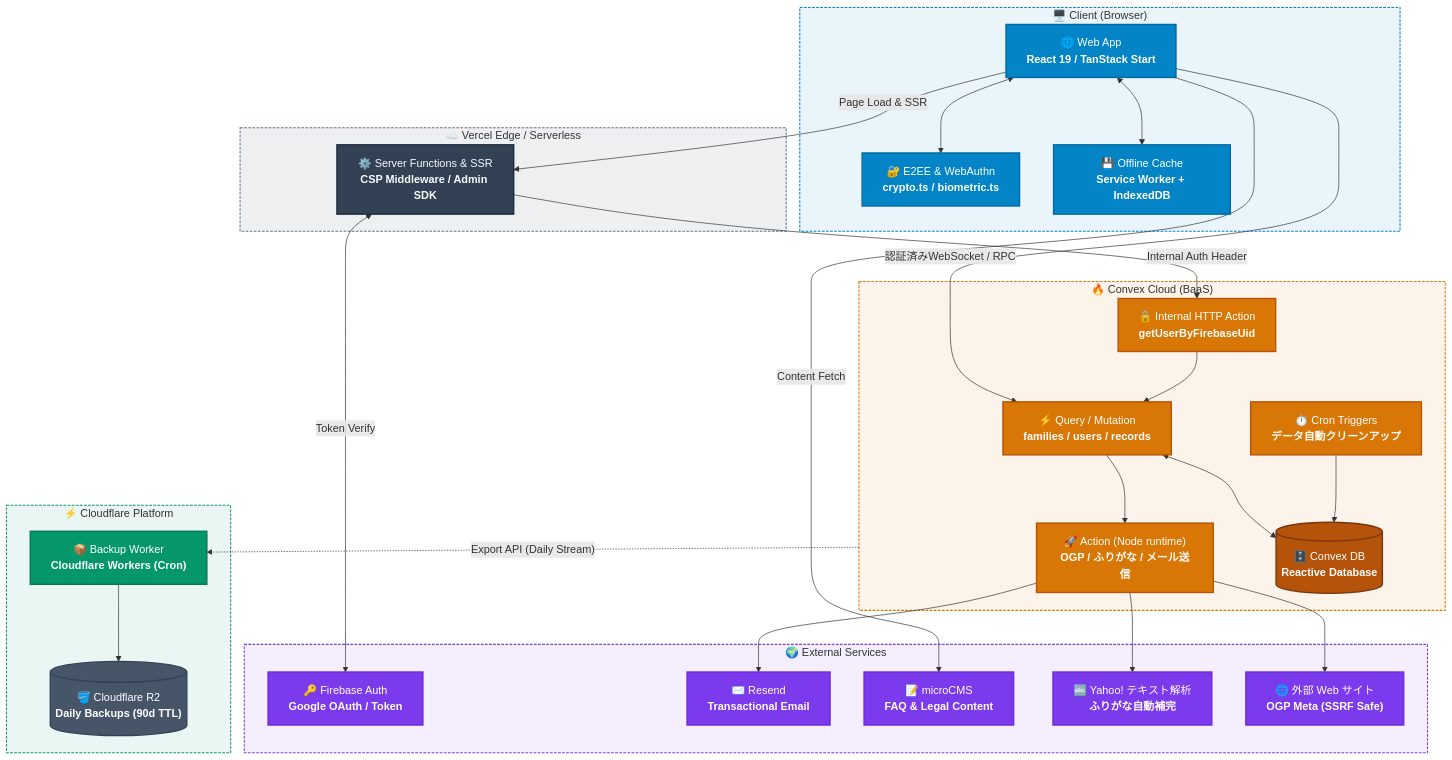
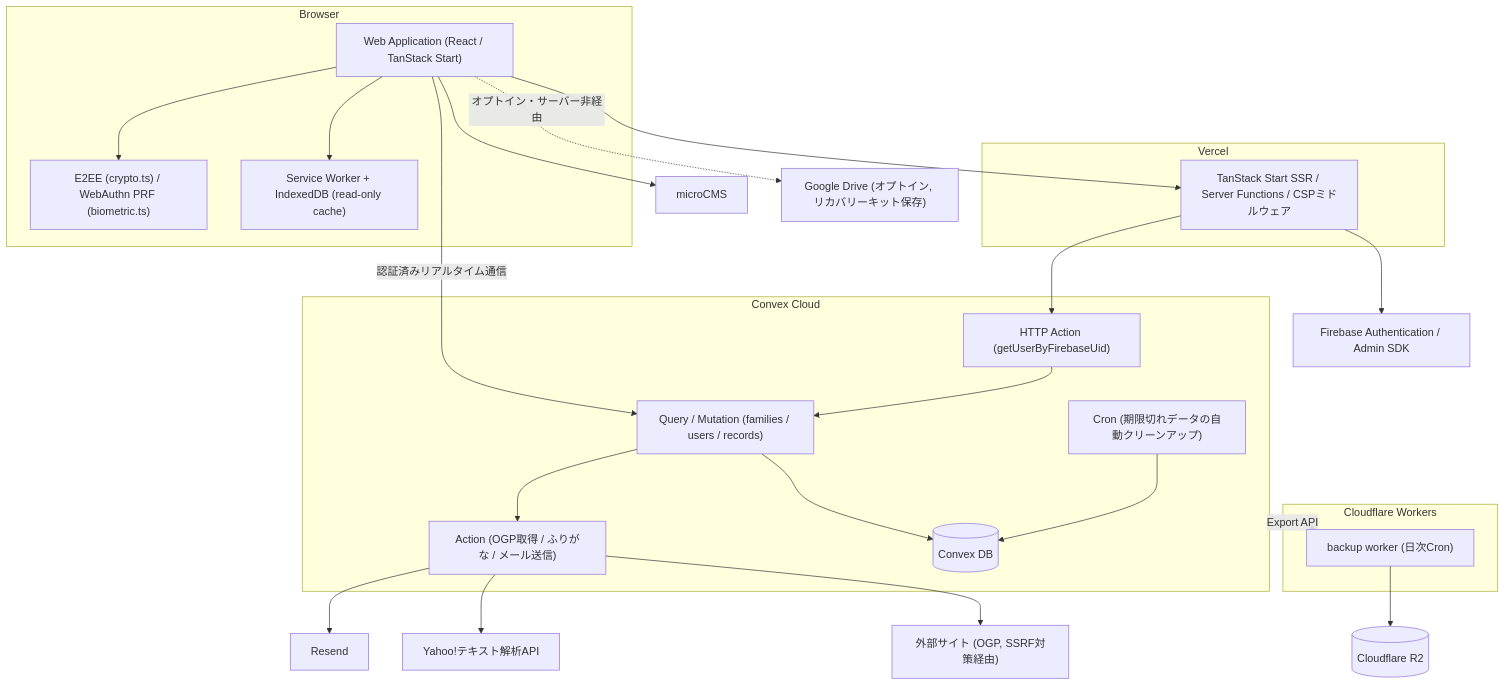
One commit to luthpg/poohma changed the diagram in .docs/architecture.md. Above: the diagram before and after it, drawn with Mermaid. The commit also changed other lines of this file, not shown here.

Commit message:
Revise architecture documentation and data flow details
Updated architecture documentation to reflect changes in the system design, including renaming components and clarifying data flow processes.

````diff
--- a/.docs/architecture.md
+++ b/.docs/architecture.md
@@ -62,74 +63,50 @@
 ```mermaid
 flowchart TB
-    %% ==========================================
-    %% Theme & Class Definitions (Dark/Light Safe)
-    %% ==========================================
-    classDef clientNode fill:#0284c7,stroke:#0369a1,stroke-width:2px,color:#ffffff;
-    classDef ssrNode fill:#334155,stroke:#1e293b,stroke-width:2px,color:#f8fafc;
-    classDef convexNode fill:#d97706,stroke:#b45309,stroke-width:2px,color:#ffffff;
-    classDef dbNode fill:#b45309,stroke:#78350f,stroke-width:2px,color:#ffffff;
-    classDef workerNode fill:#059669,stroke:#047857,stroke-width:2px,color:#ffffff;
-    classDef extNode fill:#7c3aed,stroke:#6d28d9,stroke-width:2px,color:#ffffff;
-    classDef storageNode fill:#475569,stroke:#334155,stroke-width:2px,color:#ffffff;
-
-    %% ==========================================
-    %% Subgraphs
-    %% ==========================================
-    subgraph Client["🖥️ Client (Browser)"]
-        WebApp["🌐 Web App<br/><b>React 19 / TanStack Start</b>"]:::clientNode
-        Crypto["🔐 E2EE & WebAuthn<br/><b>crypto.ts / biometric.ts</b>"]:::clientNode
-        IDB["💾 Offline Cache<br/><b>Service Worker + IndexedDB</b>"]:::clientNode
+    subgraph Client["Browser"]
+        WebApp["Web Application (React / TanStack Start)"]
+        Crypto["E2EE (crypto.ts) / WebAuthn PRF (biometric.ts)"]
+        IDB["Service Worker + IndexedDB (read-only cache)"]
     end
 
-    subgraph VercelHost["☁️ Vercel Edge / Serverless"]
-        SSR["⚙️ Server Functions & SSR<br/><b>CSP Middleware / Admin SDK</b>"]:::ssrNode
+    subgraph VercelHost["Vercel"]
+        SSR["TanStack Start SSR / Server Functions / CSPミドルウェア"]
     end
 
-    subgraph ConvexCloud["🔥 Convex Cloud (BaaS)"]
-        Fn["⚡ Query / Mutation<br/><b>families / users / records</b>"]:::convexNode
-        Action["🚀 Action (Node runtime)<br/><b>OGP / ふりがな / メール送信</b>"]:::convexNode
-        Http["🔒 Internal HTTP Action<br/><b>getUserByFirebaseUid</b>"]:::convexNode
-        Cron["⏱️ Cron Triggers<br/><b>データ自動クリーンアップ</b>"]:::convexNode
-        DB[("🗄️ Convex DB<br/><b>Reactive Database</b>")]:::dbNode
+    subgraph ConvexCloud["Convex Cloud"]
+        Fn["Query / Mutation (families / users / records)"]
+        Action["Action (OGP取得 / ふりがな / メール送信)"]
+        Http["HTTP Action (getUserByFirebaseUid)"]
+        Cron["Cron (期限切れデータの自動クリーンアップ)"]
+        DB[("Convex DB")]
     end
 
-    subgraph CFWorker["⚡ Cloudflare Platform"]
-        Backup["📦 Backup Worker<br/><b>Cloudflare Workers (Cron)</b>"]:::workerNode
-        R2[("🪣 Cloudflare R2<br/><b>Daily Backups (90d TTL)</b>")]:::storageNode
+    subgraph CFWorker["Cloudflare Workers"]
+        Backup["backup worker (日次Cron)"]
     end
 
-    subgraph ExtServices["🌍 External Services"]
-        Firebase["🔑 Firebase Auth<br/><b>Google OAuth / Token</b>"]:::extNode
-        Resend["✉️ Resend<br/><b>Transactional Email</b>"]:::extNode
-        MicroCMS["📝 microCMS<br/><b>FAQ & Legal Content</b>"]:::extNode
-        Yahoo["🔤 Yahoo! テキスト解析<br/><b>ふりがな自動補完</b>"]:::extNode
-        ExtSite["🌐 外部 Web サイト<br/><b>OGP Meta (SSRF Safe)</b>"]:::extNode
-    end
+    Firebase["Firebase Authentication / Admin SDK"]
+    Resend["Resend"]
+    MicroCMS["microCMS"]
+    Yahoo["Yahoo!テキスト解析API"]
+    ExtSite["外部サイト (OGP, SSRF対策経由)"]
+    GoogleDrive["Google Drive (オプトイン, リカバリーキット保存)"]
+    R2[("Cloudflare R2")]
 
-    %% ==========================================
-    %% Connections
-    %% ==========================================
-    WebApp <--> Crypto
-    WebApp <--> IDB
-    WebApp -->|Page Load & SSR| SSR
-    SSR <-->|Token Verify| Firebase
-    WebApp -->|認証済みWebSocket / RPC| Fn
-    Fn <--> DB
+    WebApp --> Crypto
+    WebApp --> IDB
+    WebApp --> SSR
+    SSR --> Firebase
+    WebApp -->|認証済みリアルタイム通信| Fn
+    Fn --> DB
     Fn --> Action
     Action --> Resend
     Action --> Yahoo
     Action --> ExtSite
-    SSR -->|Internal Auth Header| Http
+    SSR --> Http
     Http --> Fn
     Cron --> DB
-    ConvexCloud -.Export API (Daily Stream).-> Backup
+    ConvexCloud -.Export API.-> Backup
     Backup --> R2
-    WebApp -->|Content Fetch| MicroCMS
-
-    %% Subgraph Styling
-    style Client fill:#0284c715,stroke:#0284c7,stroke-width:1.5px,stroke-dasharray: 4 2;
-    style VercelHost fill:#33415515,stroke:#64748b,stroke-width:1.5px,stroke-dasharray: 4 2;
-    style ConvexCloud fill:#d9770615,stroke:#d97706,stroke-width:1.5px,stroke-dasharray: 4 2;
-    style CFWorker fill:#05966915,stroke:#059669,stroke-width:1.5px,stroke-dasharray: 4 2;
-    style ExtServices fill:#7c3aed15,stroke:#7c3aed,stroke-width:1.5px,stroke-dasharray: 4 2;
+    WebApp --> MicroCMS
+    WebApp -.オプトイン・サーバー非経由.-> GoogleDrive
 ```
````
